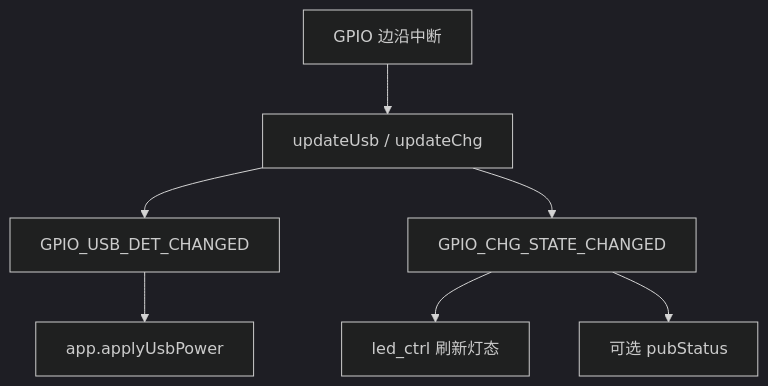
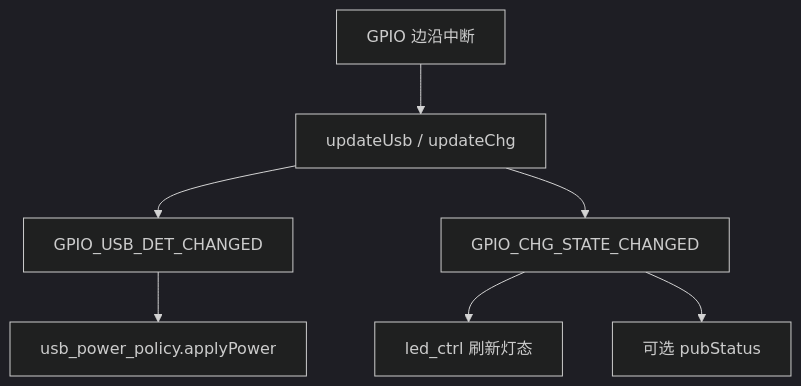
Before and after one commit to dzr1986/AIR780EHM: the diagram in doc/modules/USB_CHARGE_POLICY.md, drawn with Mermaid (dark theme). The commit also changed other lines of this file and 7 other files, not shown here.

First line of the commit message:
refactor(L3 app): USB 边沿策略迁 usb_power_policy

````diff
--- a/doc/modules/USB_CHARGE_POLICY.md
+++ b/doc/modules/USB_CHARGE_POLICY.md
@@ -33,9 +33,9 @@
 ```mermaid
 flowchart TD
     IRQ[GPIO 边沿中断] --> U[updateUsb / updateChg]
     U --> P1[GPIO_USB_DET_CHANGED]
     U --> P2[GPIO_CHG_STATE_CHANGED]
-    P1 --> APP[app.applyUsbPower]
+    P1 --> APP[usb_power_policy.applyPower]
     P2 --> LED[led_ctrl 刷新灯态]
     P2 --> MQTT[可选 pubStatus]
 ```
````
